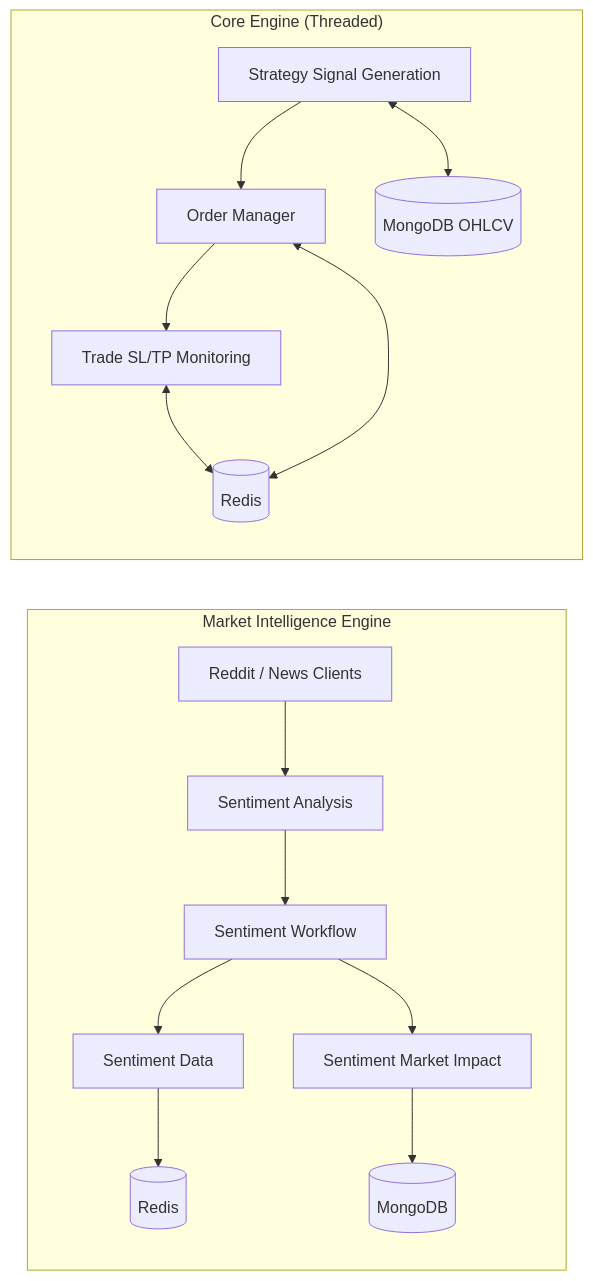
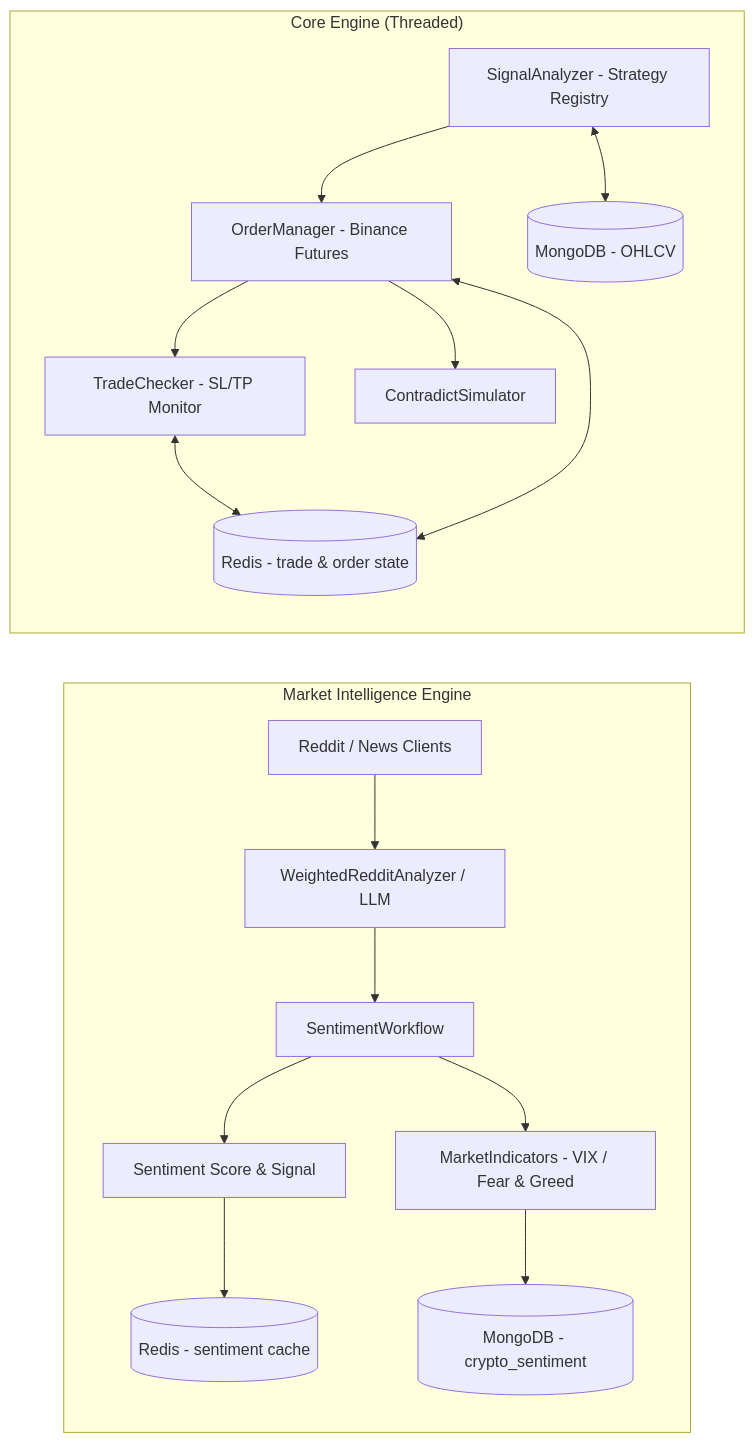
One commit to B-Lens/Orbit changed the diagram in README.md. Above: the diagram before and after it, drawn with Mermaid. The commit also changed other lines of this file, not shown here.

Commit message:
docs: update README to reflect current codebase architecture and config

````diff
--- a/README.md
+++ b/README.md
@@ -64,26 +80,28 @@
 ```mermaid
 flowchart LR
     subgraph AI["Market Intelligence Engine"]
         A1[Reddit / News Clients]
-        A2[Sentiment Analysis]
-        A3[Sentiment Workflow]
-        A4[Sentiment Data]
-        A5[Sentiment Market Impact]
-        A6[(MongoDB)]
-        A7[(Redis)]
+        A2[WeightedRedditAnalyzer / LLM]
+        A3[SentimentWorkflow]
+        A4[Sentiment Score & Signal]
+        A5[MarketIndicators - VIX / Fear & Greed]
+        A6[(MongoDB - crypto_sentiment)]
+        A7[(Redis - sentiment cache)]
         A1 --> A2 --> A3 --> A4 --> A7
         A3 --> A5 --> A6
     end
     subgraph CORE["Core Engine (Threaded)"]
-        C1[Strategy Signal Generation]
-        C2[Order Manager]
-        C3[Trade SL/TP Monitoring]
-        C4[(MongoDB OHLCV)]
-        C5[(Redis)]
+        C1[SignalAnalyzer - Strategy Registry]
+        C2[OrderManager - Binance Futures]
+        C3[TradeChecker - SL/TP Monitor]
+        C4[ContradictSimulator]
+        C5[(MongoDB - OHLCV)]
+        C6[(Redis - trade & order state)]
         C1 --> C2
         C2 --> C3
-        C3 <--> C5
-        C2 <--> C5
-        C1 <--> C4
+        C3 <--> C6
+        C2 <--> C6
+        C1 <--> C5
+        C2 --> C4
     end
 ```
````
